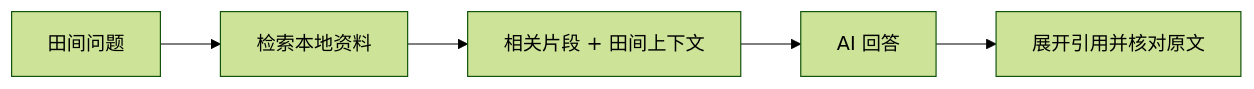
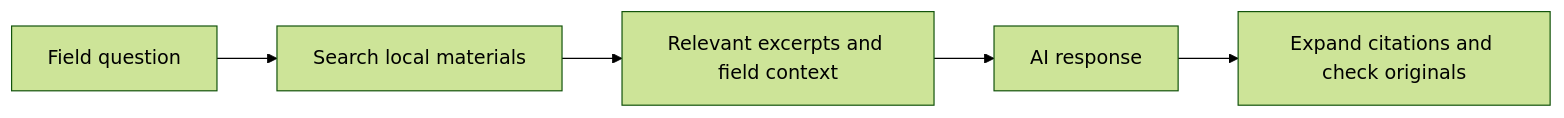
One commit to kkkklck/ginger-companion changed the diagram in README.md. Above: the diagram before and after it, drawn with Mermaid (forest theme). The commit also changed other lines of this file and 4 other files, not shown here.

````diff
--- a/README.md
+++ b/README.md
@@ -87,7 +86,7 @@
 ```mermaid
 flowchart LR
-    A[田间问题] --> B[检索本地资料]
-    B --> C[相关片段 + 田间上下文]
-    C --> D[AI 回答]
-    D --> E[展开引用并核对原文]
+    A[Field question] --> B[Search local materials]
+    B --> C[Relevant excerpts and field context]
+    C --> D[AI response]
+    D --> E[Expand citations and check originals]
 ```
````
